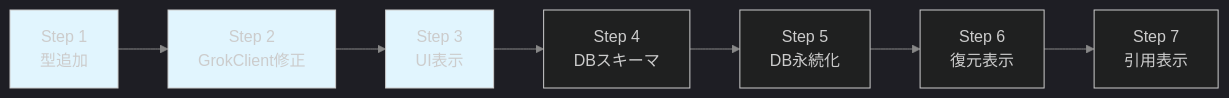
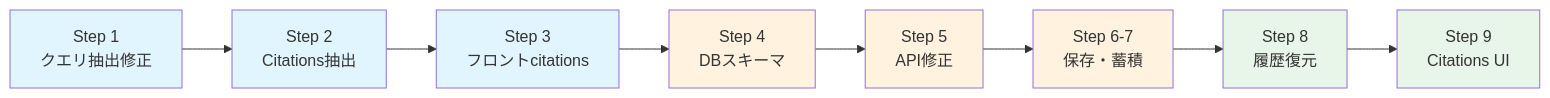
The second of 2 diagrams in docs/plans/tool-details-display.md (langcore-org/united-productions-web), drawn with Mermaid before and after one commit. The commit also changed other lines of this file and 13 other files, not shown here.

````diff
--- a/docs/plans/tool-details-display.md
+++ b/docs/plans/tool-details-display.md
@@ -55,14 +205,19 @@
 ```mermaid
-%%{init: {'theme': 'dark', 'themeVariables': { 'primaryColor': '#4a90d9', 'primaryTextColor': '#fff', 'primaryBorderColor': '#4a90d9', 'lineColor': '#888', 'secondaryColor': '#2d3748', 'tertiaryColor': '#1a202c'}}}%%
 flowchart LR
-    A[Step 1<br/>型追加] --> B[Step 2<br/>GrokClient修正]
-    B --> C[Step 3<br/>UI表示]
+    A[Step 1<br/>クエリ抽出修正] --> B[Step 2<br/>Citations抽出]
+    B --> C[Step 3<br/>フロントcitations]
     C --> D[Step 4<br/>DBスキーマ]
-    D --> E[Step 5<br/>DB永続化]
-    E --> F[Step 6<br/>復元表示]
-    F --> G[Step 7<br/>引用表示]
-    
+    D --> E[Step 5<br/>API修正]
+    E --> F[Step 6-7<br/>保存・蓄積]
+    F --> G[Step 8<br/>履歴復元]
+    G --> H[Step 9<br/>Citations UI]
+
     style A fill:#e1f5fe
     style B fill:#e1f5fe
     style C fill:#e1f5fe
+    style D fill:#fff3e0
+    style E fill:#fff3e0
+    style F fill:#fff3e0
+    style G fill:#e8f5e9
+    style H fill:#e8f5e9
 ```
````
